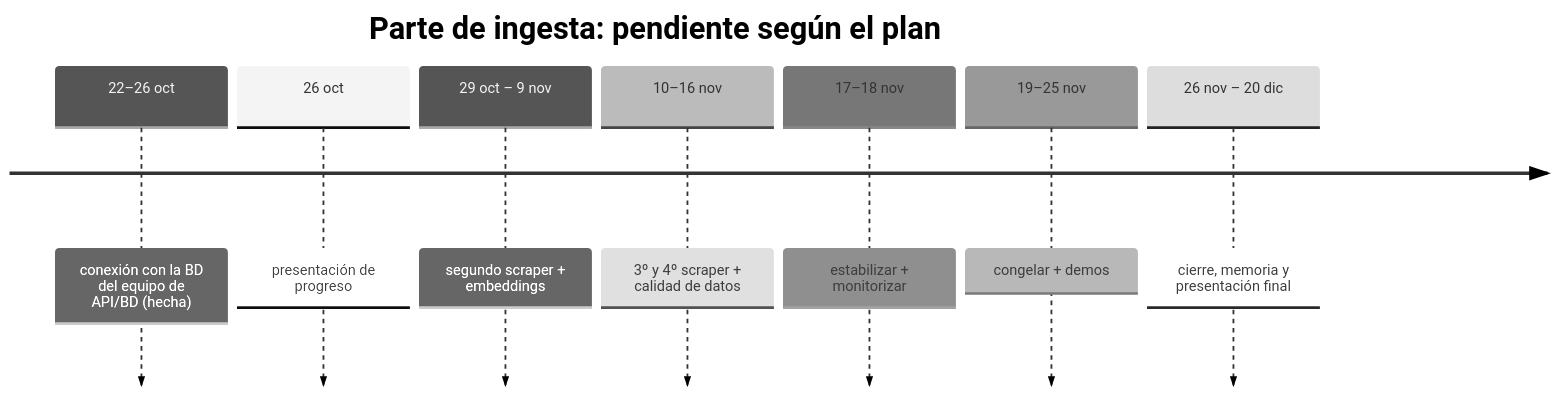
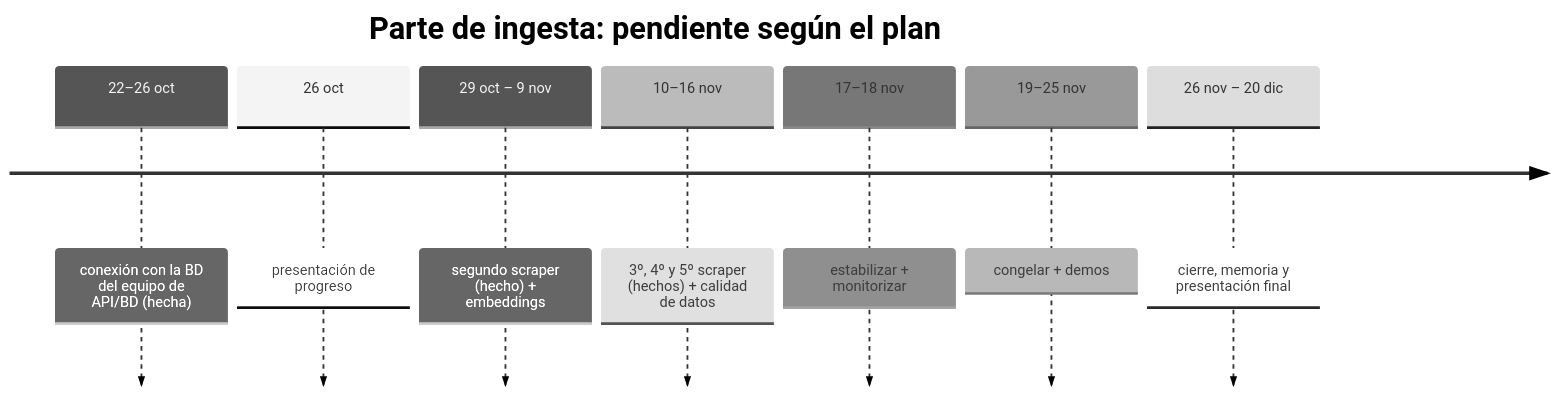
The diagram in flujo-entrada/docs/05-pendientes.md (TheMinimalOwl/PTI-Q26-27-TARDOR), drawn with Mermaid (neutral theme) before and after one commit. The commit also changed other lines of this file and 10 other files, not shown here.

````diff
--- a/flujo-entrada/docs/05-pendientes.md
+++ b/flujo-entrada/docs/05-pendientes.md
@@ -50,11 +51,11 @@
 ```mermaid
 timeline
   title Parte de ingesta: pendiente según el plan
   22–26 oct : conexión con la BD del equipo de API/BD (hecha)
   26 oct : presentación de progreso
-  29 oct – 9 nov : segundo scraper + embeddings
-  10–16 nov : 3º y 4º scraper + calidad de datos
+  29 oct – 9 nov : segundo scraper (hecho) + embeddings
+  10–16 nov : 3º, 4º y 5º scraper (hechos) + calidad de datos
   17–18 nov : estabilizar + monitorizar
   19–25 nov : congelar + demos
   26 nov – 20 dic : cierre, memoria y presentación final
 ```
````
